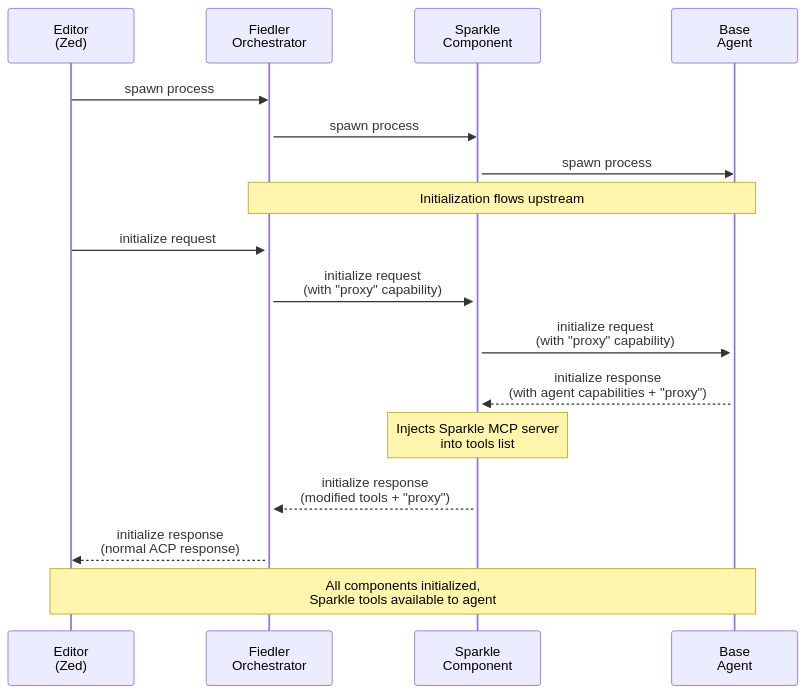
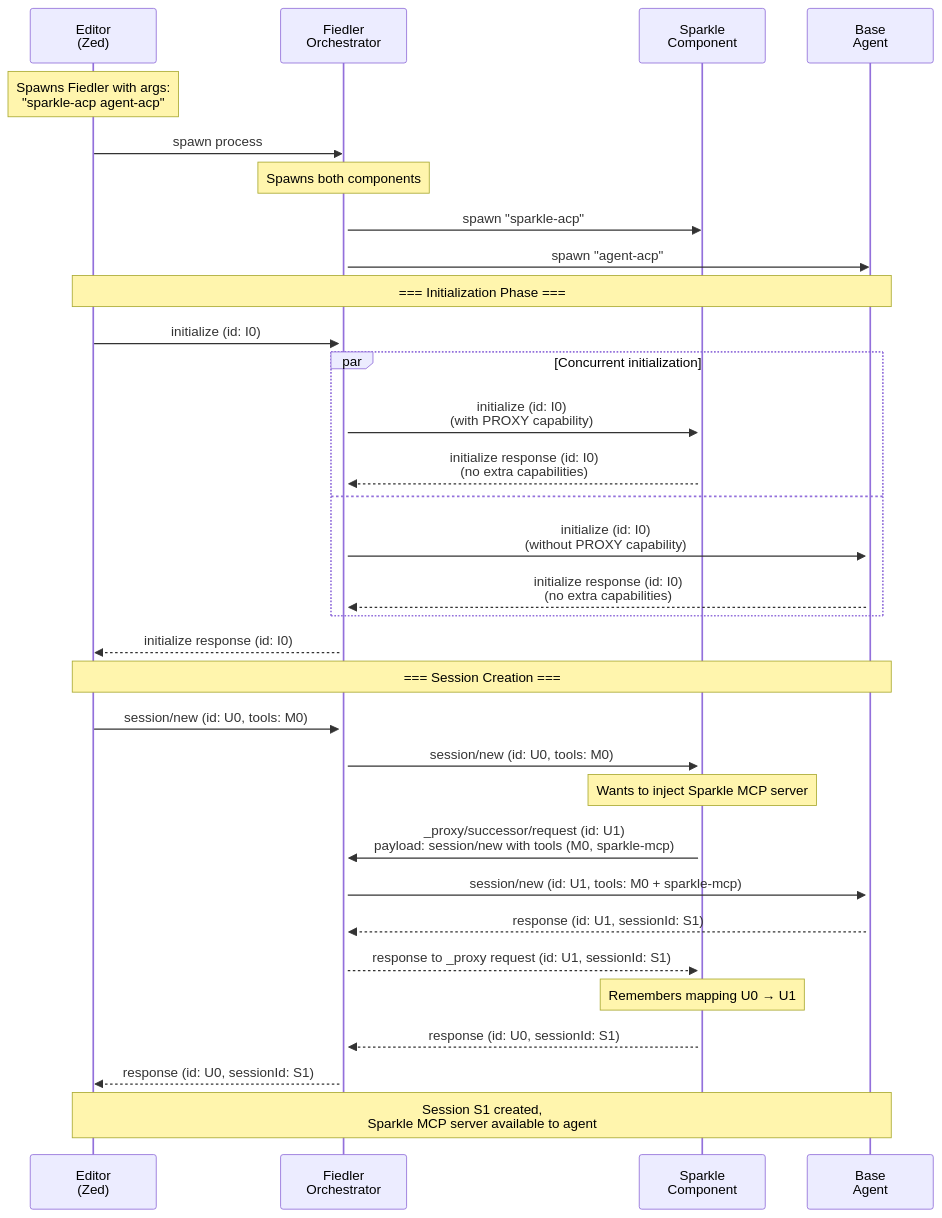
One commit to symposium-dev/symposium changed the fourth of 6 diagrams in md/rfds/draft/symposium-component-protocol.md. Above: the diagram before and after it, drawn with Mermaid. The commit also changed other lines of this file, not shown here.

First line of the commit message:
Correct message flows in S/ACP RFD walkthrough

````diff
--- a/md/rfds/draft/symposium-component-protocol.md
+++ b/md/rfds/draft/symposium-component-protocol.md
@@ -355,27 +372,51 @@
 ```mermaid
 sequenceDiagram
     participant Editor as Editor<br/>(Zed)
     participant Fiedler as Fiedler<br/>Orchestrator
     participant Sparkle as Sparkle<br/>Component
     participant Agent as Base<br/>Agent
 
+    Note over Editor: Spawns Fiedler with args:<br/>"sparkle-acp agent-acp"
     Editor->>Fiedler: spawn process
     activate Fiedler
-    Fiedler->>Sparkle: spawn process
+    
+    Note over Fiedler: Spawns both components
+    Fiedler->>Sparkle: spawn "sparkle-acp"
     activate Sparkle
-    Sparkle->>Agent: spawn process
+    Fiedler->>Agent: spawn "agent-acp"
     activate Agent
     
-    Note over Fiedler,Agent: Initialization flows upstream
+    Note over Editor,Agent: === Initialization Phase ===
     
-    Editor->>Fiedler: initialize request
-    Fiedler->>Sparkle: initialize request<br/>(with "proxy" capability)
-    Sparkle->>Agent: initialize request<br/>(with "proxy" capability)
+    Editor->>Fiedler: initialize (id: I0)
     
-    Agent-->>Sparkle: initialize response<br/>(with agent capabilities + "proxy")
-    Note over Sparkle: Injects Sparkle MCP server<br/>into tools list
-    Sparkle-->>Fiedler: initialize response<br/>(modified tools + "proxy")
-    Fiedler-->>Editor: initialize response<br/>(normal ACP response)
+    par Concurrent initialization
+        Fiedler->>Sparkle: initialize (id: I0)<br/>(with PROXY capability)
+        Sparkle-->>Fiedler: initialize response (id: I0)<br/>(no extra capabilities)
+    and
+        Fiedler->>Agent: initialize (id: I0)<br/>(without PROXY capability)
+        Agent-->>Fiedler: initialize response (id: I0)<br/>(no extra capabilities)
+    end
     
-    Note over Editor,Agent: All components initialized,<br/>Sparkle tools available to agent
+    Fiedler-->>Editor: initialize response (id: I0)
+    
+    Note over Editor,Agent: === Session Creation ===
+    
+    Editor->>Fiedler: session/new (id: U0, tools: M0)
+    Fiedler->>Sparkle: session/new (id: U0, tools: M0)
+    
+    Note over Sparkle: Wants to inject Sparkle MCP server
+    
+    Sparkle->>Fiedler: _proxy/successor/request (id: U1)<br/>payload: session/new with tools (M0, sparkle-mcp)
+    Fiedler->>Agent: session/new (id: U1, tools: M0 + sparkle-mcp)
+    
+    Agent-->>Fiedler: response (id: U1, sessionId: S1)
+    Fiedler-->>Sparkle: response to _proxy request (id: U1, sessionId: S1)
+    
+    Note over Sparkle: Remembers mapping U0 → U1
+    
+    Sparkle-->>Fiedler: response (id: U0, sessionId: S1)
+    Fiedler-->>Editor: response (id: U0, sessionId: S1)
+    
+    Note over Editor,Agent: Session S1 created,<br/>Sparkle MCP server available to agent
 ```
````
